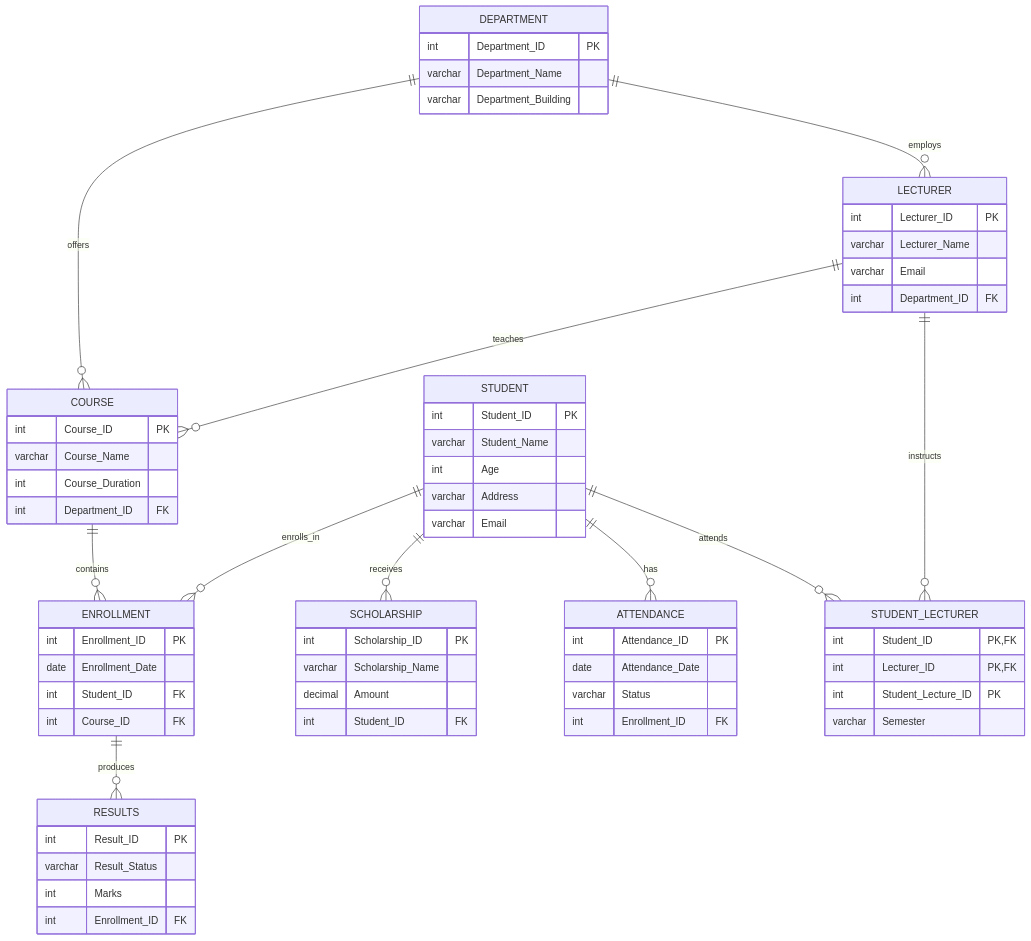
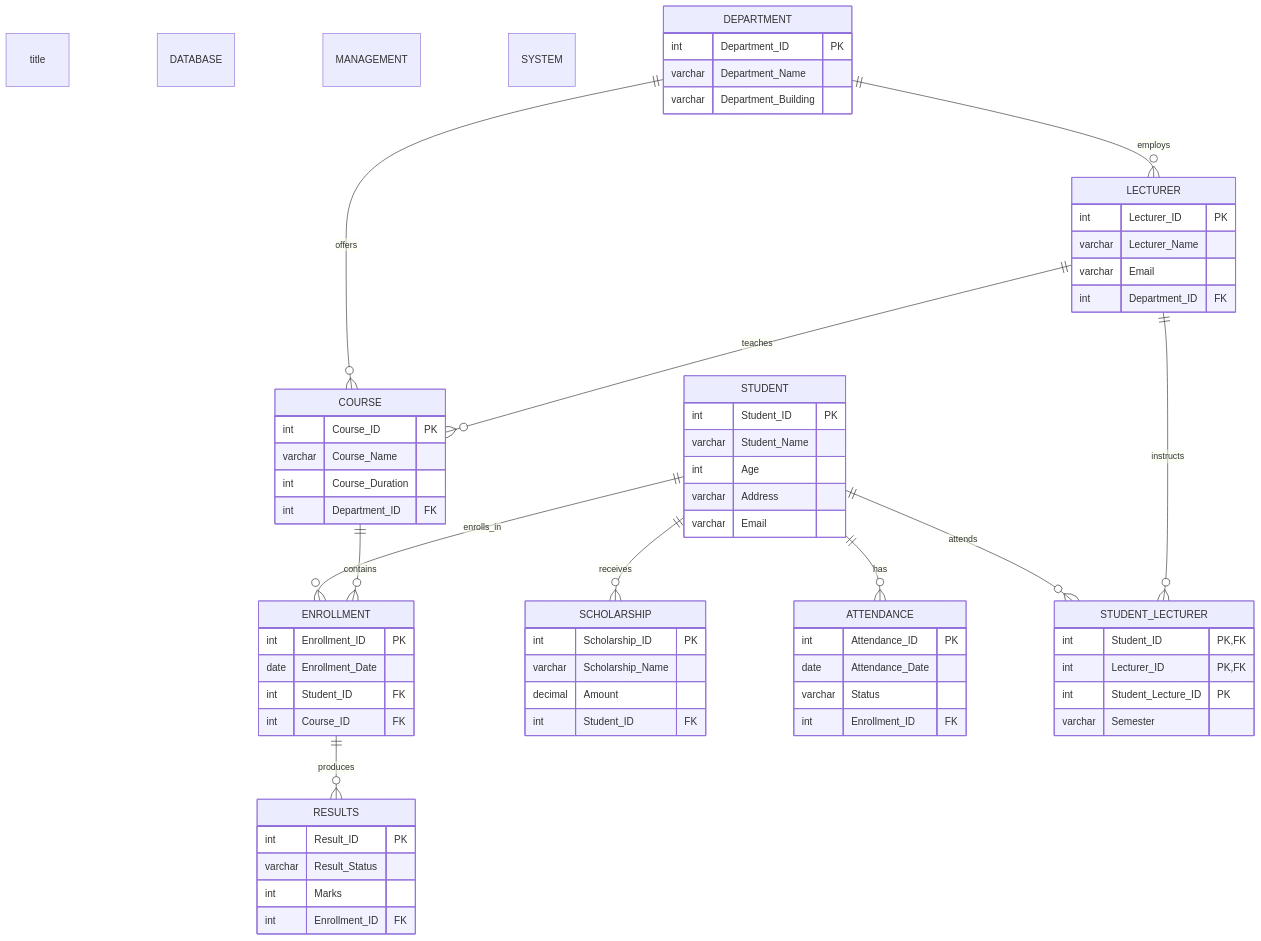
The diagram in erd-description.md (giftrabinda6-stack/SQL-EG), drawn with Mermaid before and after one commit. The commit also changed other lines of this file, not shown here.

Commit message:
Add the project title to the ERD documentation

````diff
--- a/erd-description.md
+++ b/erd-description.md
@@ -5,79 +5,81 @@
 ```mermaid
 erDiagram
+    title STUDENT DATABASE MANAGEMENT SYSTEM
+
     DEPARTMENT ||--o{ COURSE : offers
     DEPARTMENT ||--o{ LECTURER : employs
     LECTURER ||--o{ COURSE : teaches
 
     STUDENT ||--o{ ENROLLMENT : enrolls_in
     COURSE ||--o{ ENROLLMENT : contains
 
     STUDENT ||--o{ SCHOLARSHIP : receives
     STUDENT ||--o{ ATTENDANCE : has
     ENROLLMENT ||--o{ RESULTS : produces
 
     STUDENT ||--o{ STUDENT_LECTURER : attends
     LECTURER ||--o{ STUDENT_LECTURER : instructs
 
     DEPARTMENT {
         int Department_ID PK
         varchar Department_Name
         varchar Department_Building
     }
 
     COURSE {
         int Course_ID PK
         varchar Course_Name
         int Course_Duration
         int Department_ID FK
     }
 
     LECTURER {
         int Lecturer_ID PK
         varchar Lecturer_Name
         varchar Email
         int Department_ID FK
     }
 
     STUDENT {
         int Student_ID PK
         varchar Student_Name
         int Age
         varchar Address
         varchar Email
     }
 
     ENROLLMENT {
         int Enrollment_ID PK
         date Enrollment_Date
         int Student_ID FK
         int Course_ID FK
     }
 
     RESULTS {
         int Result_ID PK
         varchar Result_Status
         int Marks
         int Enrollment_ID FK
     }
 
     SCHOLARSHIP {
         int Scholarship_ID PK
         varchar Scholarship_Name
         decimal Amount
         int Student_ID FK
     }
 
     ATTENDANCE {
         int Attendance_ID PK
         date Attendance_Date
         varchar Status
         int Enrollment_ID FK
     }
 
     STUDENT_LECTURER {
         int Student_ID PK, FK
         int Lecturer_ID PK, FK
         int Student_Lecture_ID PK
         varchar Semester
     }
 ```
````
